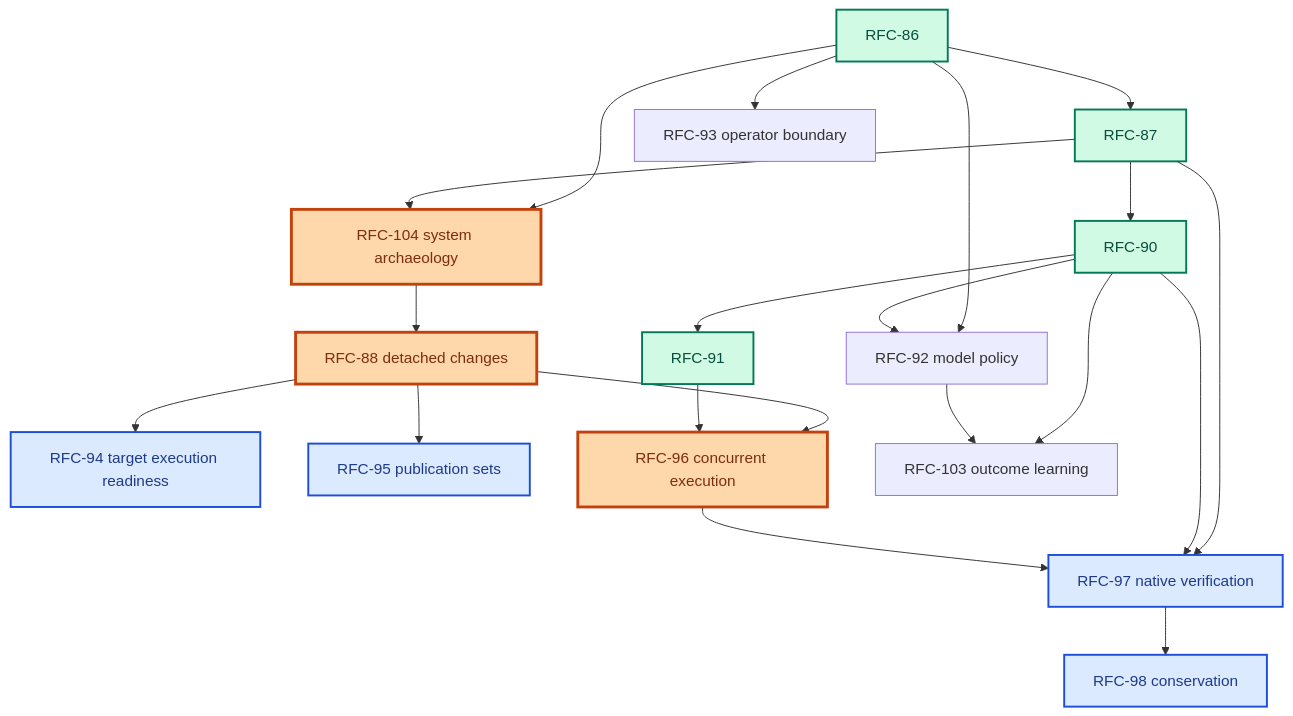
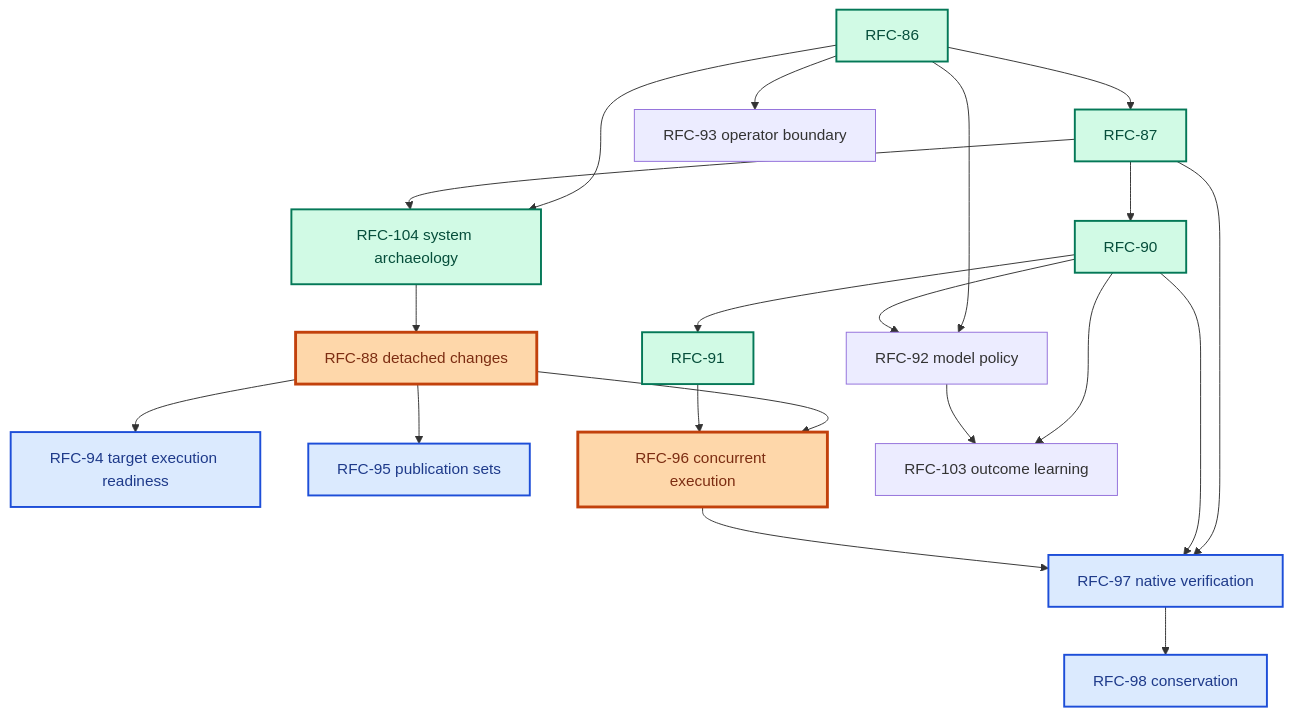
Before and after one commit to augentic/anvil: the diagram in rfcs/platform.md, drawn with Mermaid. The commit also changed other lines of this file and 2 other files, not shown here.

````diff
--- a/rfcs/platform.md
+++ b/rfcs/platform.md
@@ -23,29 +23,29 @@
 ```mermaid
 flowchart TD
     R86[RFC-86] --> R87[RFC-87]
     R86 --> R104[RFC-104 system archaeology]
     R86 --> R92[RFC-92 model policy]
     R86 --> R93[RFC-93 operator boundary]
     R87 --> R104
     R104 --> R88[RFC-88 detached changes]
     R87 --> R90[RFC-90]
     R90 --> R91[RFC-91]
     R90 --> R92
     R87 --> R97[RFC-97 native verification]
     R90 --> R97
     R88 --> R94[RFC-94 target execution readiness]
     R88 --> R95[RFC-95 publication sets]
     R88 --> R96[RFC-96 concurrent execution]
     R91 --> R96
     R96 --> R97
     R97 --> R98[RFC-98 conservation]
     R90 --> R103[RFC-103 outcome learning]
     R92 --> R103
 
     classDef done fill:#d1fae5,stroke:#047857,color:#064e3b,stroke-width:2px
     classDef nearterm fill:#fed7aa,stroke:#c2410c,color:#7c2d12,stroke-width:3px
     classDef later fill:#dbeafe,stroke:#1d4ed8,color:#1e3a8a,stroke-width:2px
-    class R86,R87,R90,R91 done
-    class R104,R88,R96 nearterm
+    class R86,R87,R90,R91,R104 done
+    class R88,R96 nearterm
     class R94,R95,R97,R98 later
 ```
````
